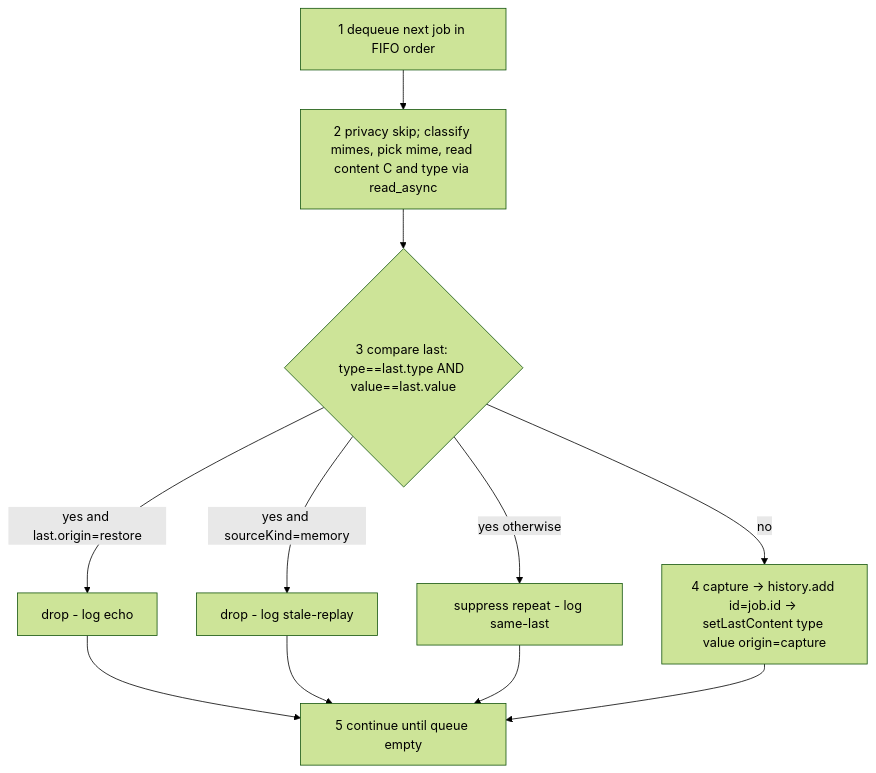
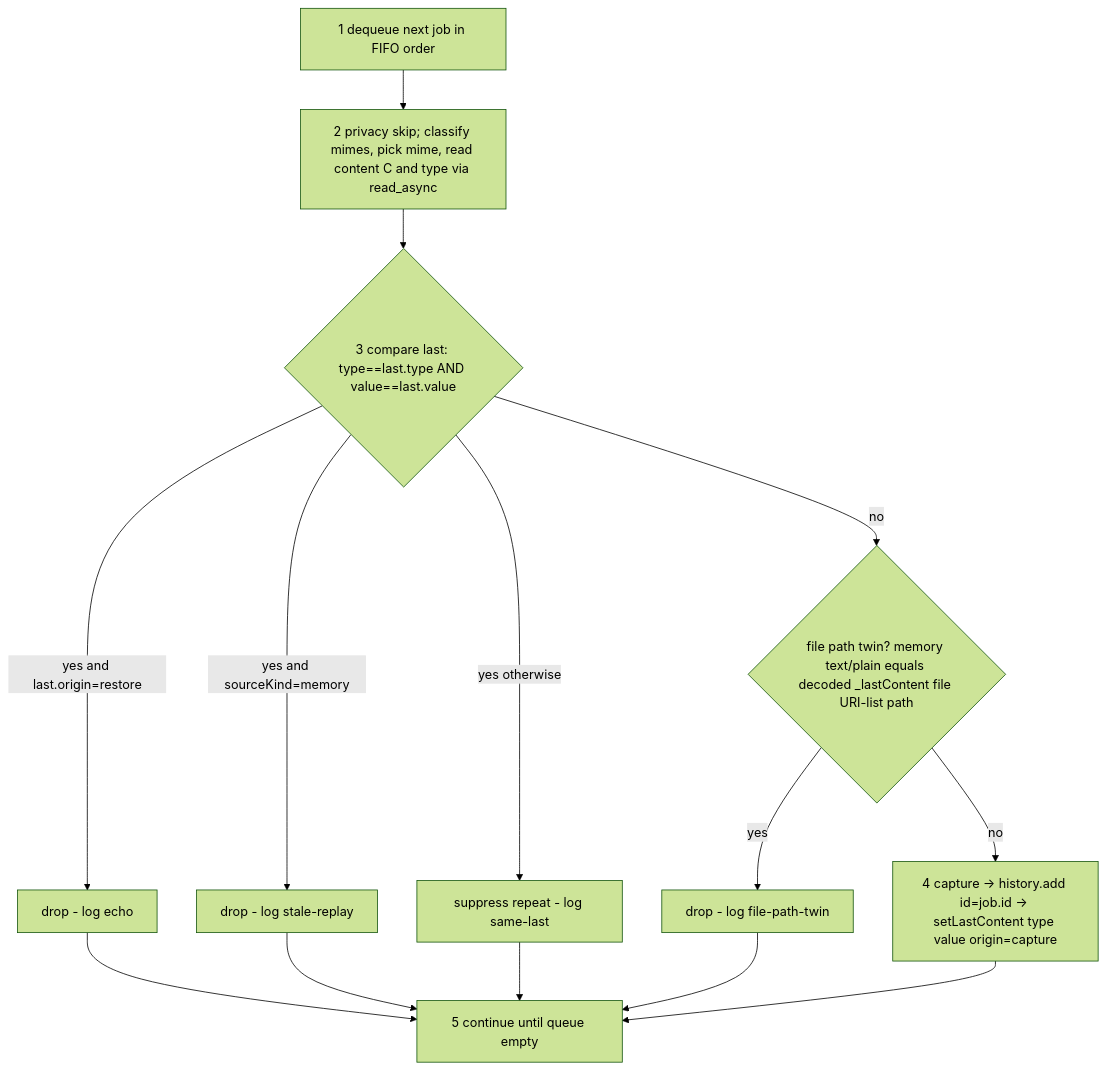
Before and after one commit to lumerix7/copy-gnome: the third of 3 diagrams in docs/features/clipboard-capture/clipboard-capture-design.md, drawn with Mermaid (forest theme). The commit also changed other lines of this file and 11 other files, not shown here.

First line of the commit message:
feat(monitor,config): drop stale memory text/path twins

````diff
--- a/docs/features/clipboard-capture/clipboard-capture-design.md
+++ b/docs/features/clipboard-capture/clipboard-capture-design.md
@@ -142,13 +142,16 @@
 ```mermaid
 flowchart TD
     A["1 dequeue next job in FIFO order"] --> B["2 privacy skip; classify mimes, pick mime, read content C and type via read_async"]
     B --> C{"3 compare last: type==last.type AND value==last.value"}
     C -- "yes and last.origin=restore" --> X1["drop - log echo"]
     C -- "yes and sourceKind=memory" --> X2["drop - log stale-replay"]
     C -- "yes otherwise" --> X3["suppress repeat - log same-last"]
-    C -- "no" --> G["4 capture → history.add id=job.id → setLastContent type value origin=capture"]
+    C -- "no" --> D{"file path twin? memory text/plain equals decoded _lastContent file URI-list path"}
+    D -- "yes" --> X4["drop - log file-path-twin"]
+    D -- "no" --> G["4 capture → history.add id=job.id → setLastContent type value origin=capture"]
     X1 --> H["5 continue until queue empty"]
     X2 --> H
     X3 --> H
+    X4 --> H
     G --> H
 ```
````
